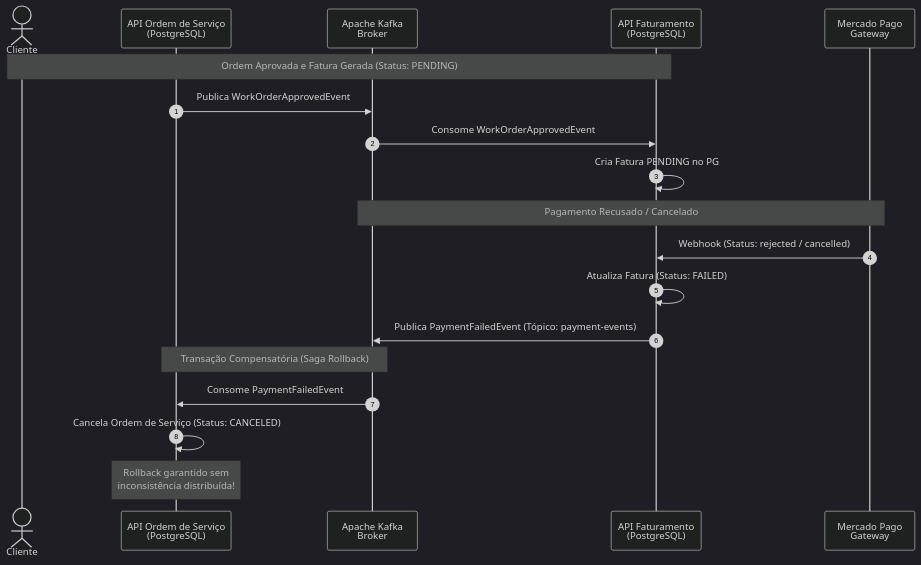
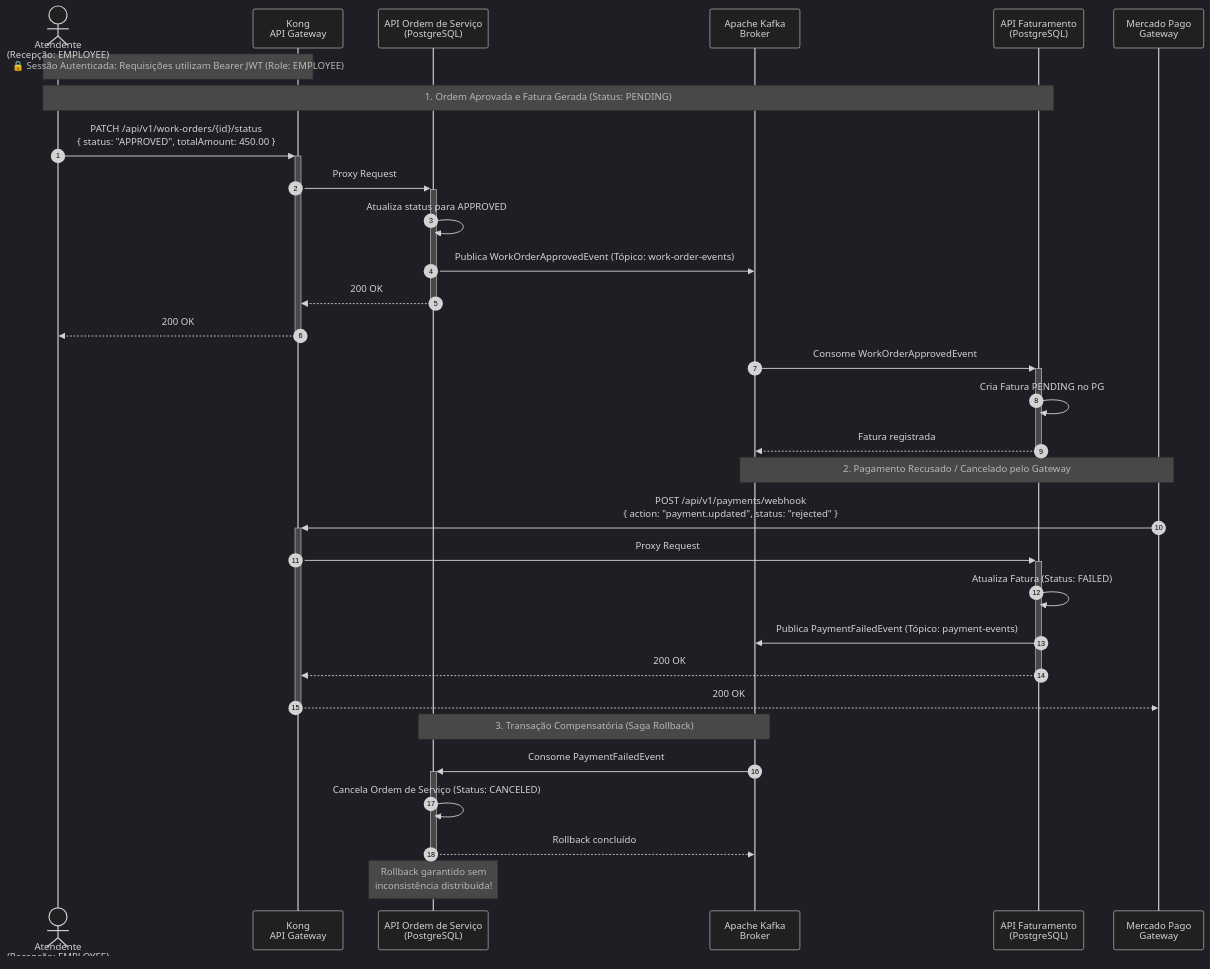
One commit to rodsordi/15soat-phase4-e2e changed the diagram in src/test/resources/features/saga/compensating_saga_rollback.md. Above: the diagram before and after it, drawn with Mermaid (dark theme). The commit also changed 12 other files, not shown here.

Commit message:
test(e2e): update work order step definitions and feature docs for restful query parameters

````diff
--- a/src/test/resources/features/saga/compensating_saga_rollback.md
+++ b/src/test/resources/features/saga/compensating_saga_rollback.md
@@ -10,24 +10,37 @@
 ```mermaid
 sequenceDiagram
     autonumber
-    actor Cliente as Cliente
+    actor Atendente as Atendente<br/>(Recepção: EMPLOYEE)
+    participant Kong as Kong<br/>API Gateway
     participant OS as API Ordem de Serviço<br/>(PostgreSQL)
     participant Kafka as Apache Kafka<br/>Broker
     participant Billing as API Faturamento<br/>(PostgreSQL)
     participant MP as Mercado Pago<br/>Gateway
 
-    Note over Cliente,Billing: Ordem Aprovada e Fatura Gerada (Status: PENDING)
-    OS->>Kafka: Publica WorkOrderApprovedEvent
-    Kafka->>Billing: Consome WorkOrderApprovedEvent
+    Note over Atendente,Kong: 🔒 Sessão Autenticada: Requisições utilizam Bearer JWT (Role: EMPLOYEE)
+
+    Note over Atendente,Billing: 1. Ordem Aprovada e Fatura Gerada (Status: PENDING)
+    Atendente->>+Kong: PATCH /api/v1/work-orders/{id}/status<br/>{ status: "APPROVED", totalAmount: 450.00 }
+    Kong->>+OS: Proxy Request
+    OS->>OS: Atualiza status para APPROVED
+    OS->>Kafka: Publica WorkOrderApprovedEvent (Tópico: work-order-events)
+    OS-->>-Kong: 200 OK
+    Kong-->>-Atendente: 200 OK
+    Kafka->>+Billing: Consome WorkOrderApprovedEvent
     Billing->>Billing: Cria Fatura PENDING no PG
+    Billing-->>-Kafka: Fatura registrada
 
-    Note over MP,Kafka: Pagamento Recusado / Cancelado
-    MP->>Billing: Webhook (Status: rejected / cancelled)
+    Note over MP,Kafka: 2. Pagamento Recusado / Cancelado pelo Gateway
+    MP->>+Kong: POST /api/v1/payments/webhook<br/>{ action: "payment.updated", status: "rejected" }
+    Kong->>+Billing: Proxy Request
     Billing->>Billing: Atualiza Fatura (Status: FAILED)
     Billing->>Kafka: Publica PaymentFailedEvent (Tópico: payment-events)
+    Billing-->>-Kong: 200 OK
+    Kong-->>-MP: 200 OK
 
-    Note over Kafka,OS: Transação Compensatória (Saga Rollback)
-    Kafka->>OS: Consome PaymentFailedEvent
+    Note over Kafka,OS: 3. Transação Compensatória (Saga Rollback)
+    Kafka->>+OS: Consome PaymentFailedEvent
     OS->>OS: Cancela Ordem de Serviço (Status: CANCELED)
+    OS-->>-Kafka: Rollback concluído
     Note over OS: Rollback garantido sem<br/>inconsistência distribuída!
 ```
````
